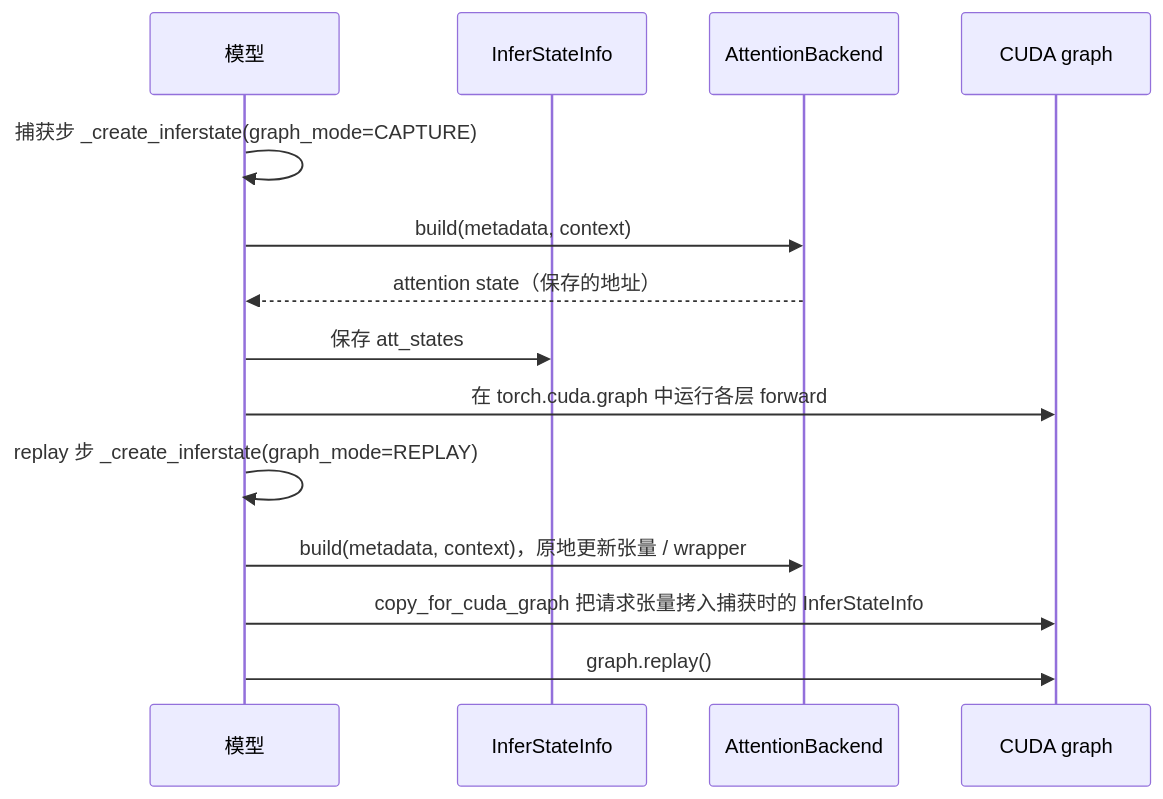
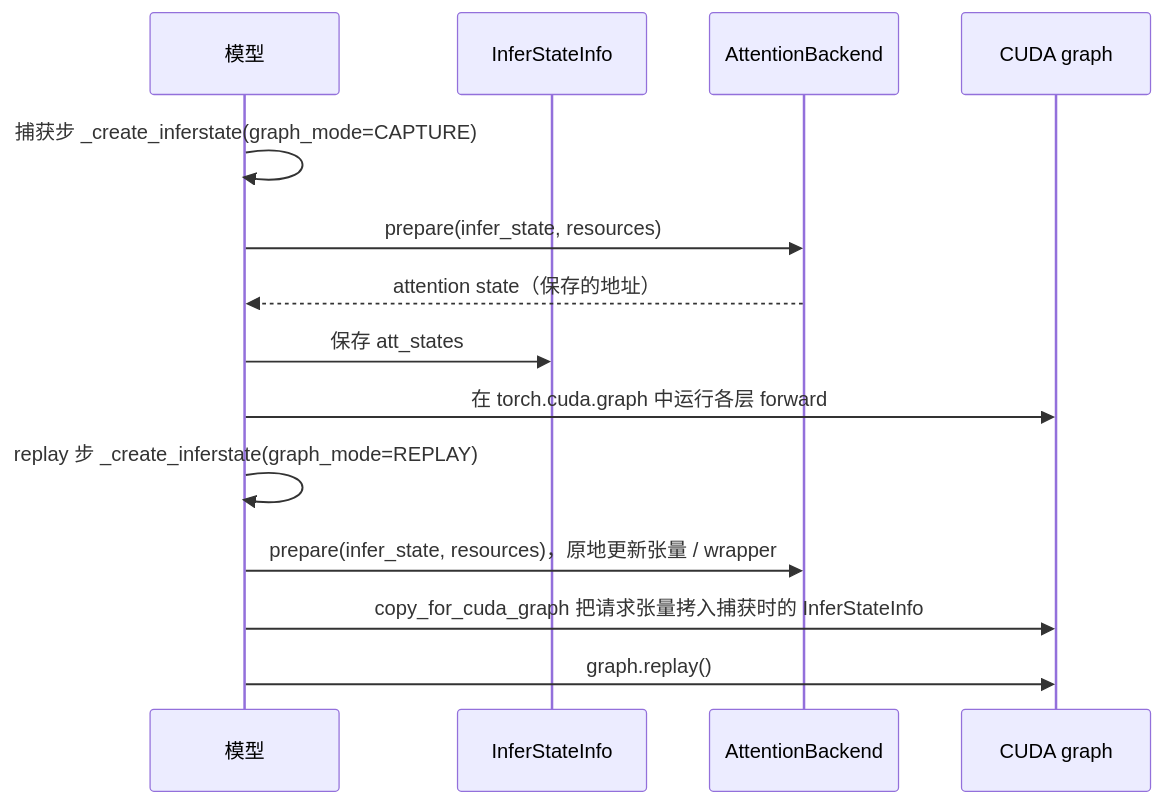
One commit to ModelTC/LightLLM changed the second of 2 diagrams in docs/CN/source/framework/attention_backend_design.md. Above: the diagram before and after it, drawn with Mermaid. The commit also changed other lines of this file and 65 other files, not shown here.

````diff
--- a/docs/CN/source/framework/attention_backend_design.md
+++ b/docs/CN/source/framework/attention_backend_design.md
@@ -197,16 +197,16 @@
 ```mermaid
 sequenceDiagram
     participant M as 模型
     participant A as InferStateInfo
     participant B as AttentionBackend
     participant G as CUDA graph
     M->>M: 捕获步 _create_inferstate(graph_mode=CAPTURE)
-    M->>B: build(metadata, context)
+    M->>B: prepare(infer_state, resources)
     B-->>M: attention state（保存的地址）
     M->>A: 保存 att_states
     M->>G: 在 torch.cuda.graph 中运行各层 forward
     M->>M: replay 步 _create_inferstate(graph_mode=REPLAY)
-    M->>B: build(metadata, context)，原地更新张量 / wrapper
+    M->>B: prepare(infer_state, resources)，原地更新张量 / wrapper
     M->>G: copy_for_cuda_graph 把请求张量拷入捕获时的 InferStateInfo
     M->>G: graph.replay()
 ```
````
